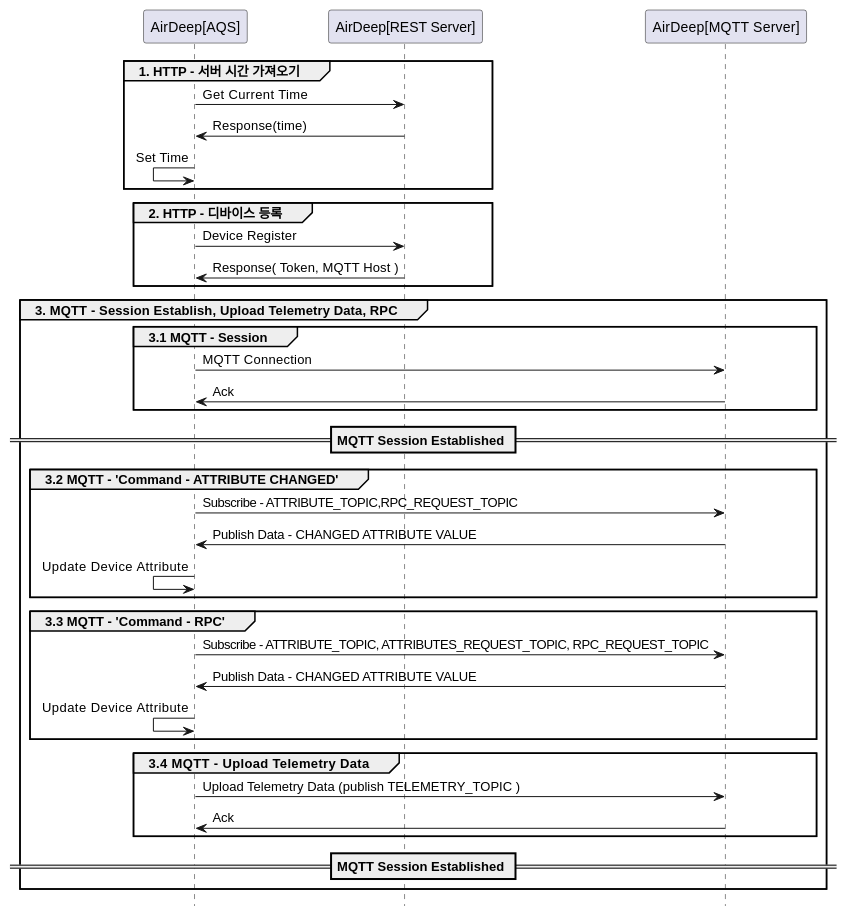
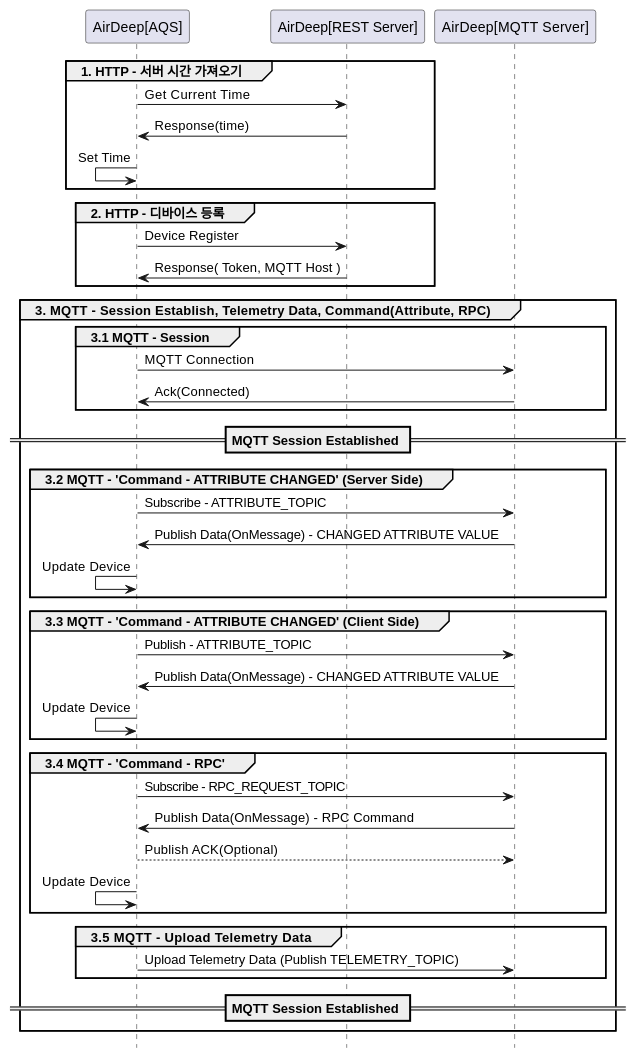
One commit to RTdataLab/DE-ADeep-API-Guide changed the first of 3 diagrams in README.md. Above: the diagram before and after it, drawn with PlantUML. The commit also changed other lines of this file and 7 other files, not shown here.

````diff
--- a/README.md
+++ b/README.md
@@ -47,46 +47,52 @@
   ```plantuml
   @startuml
     participant "AirDeep[AQS]" order 1
     participant "AirDeep[REST Server]" order 2
     participant "AirDeep[MQTT Server]" order 3
     hide footbox
    
     group 1. HTTP - 서버 시간 가져오기
         "AirDeep[AQS]" -> "AirDeep[REST Server]" : Get Current Time
         "AirDeep[AQS]" <- "AirDeep[REST Server]" : Response(time)
         "AirDeep[AQS]" <- "AirDeep[AQS]" : Set Time
     end
     group 2. HTTP - 디바이스 등록
       "AirDeep[AQS]" -> "AirDeep[REST Server]" : Device Register
       "AirDeep[AQS]" <- "AirDeep[REST Server]"  : Response( Token, MQTT Host )
     end
     
-    group 3. MQTT - Session Establish, Upload Telemetry Data, RPC
+    group 3. MQTT - Session Establish, Telemetry Data, Command(Attribute, RPC)
       group 3.1 MQTT - Session
         "AirDeep[AQS]" -> "AirDeep[MQTT Server]" : MQTT Connection
-        "AirDeep[AQS]" <- "AirDeep[MQTT Server]" : Ack
+        "AirDeep[AQS]" <- "AirDeep[MQTT Server]" : Ack(Connected)
       end
 
       == MQTT Session Established ==
 
-     group 3.2 MQTT - 'Command - ATTRIBUTE CHANGED'
-       "AirDeep[AQS]" -> "AirDeep[MQTT Server]" : Subscribe - ATTRIBUTE_TOPIC,RPC_REQUEST_TOPIC
-       "AirDeep[AQS]" <- "AirDeep[MQTT Server]" : Publish Data - CHANGED ATTRIBUTE VALUE
-       "AirDeep[AQS]" <- "AirDeep[AQS]" : Update Device Attribute 
+     group 3.2 MQTT - 'Command - ATTRIBUTE CHANGED' (Server Side)
+       "AirDeep[AQS]" -> "AirDeep[MQTT Server]" : Subscribe - ATTRIBUTE_TOPIC
+       "AirDeep[AQS]" <- "AirDeep[MQTT Server]" : Publish Data(OnMessage) - CHANGED ATTRIBUTE VALUE
+       "AirDeep[AQS]" <- "AirDeep[AQS]" : Update Device 
      end
 
-     group 3.3 MQTT - 'Command - RPC'
-       "AirDeep[AQS]" -> "AirDeep[MQTT Server]" : Subscribe - ATTRIBUTE_TOPIC, ATTRIBUTES_REQUEST_TOPIC, RPC_REQUEST_TOPIC
-       "AirDeep[AQS]" <- "AirDeep[MQTT Server]" : Publish Data - CHANGED ATTRIBUTE VALUE
-       "AirDeep[AQS]" <- "AirDeep[AQS]" : Update Device Attribute 
+     group 3.3 MQTT - 'Command - ATTRIBUTE CHANGED' (Client Side)
+       "AirDeep[AQS]" -> "AirDeep[MQTT Server]" : Publish - ATTRIBUTE_TOPIC
+       "AirDeep[AQS]" <- "AirDeep[MQTT Server]" : Publish Data(OnMessage) - CHANGED ATTRIBUTE VALUE
+       "AirDeep[AQS]" <- "AirDeep[AQS]" : Update Device 
      end
 
-     group 3.4 MQTT - Upload Telemetry Data
-       "AirDeep[AQS]" -> "AirDeep[MQTT Server]" : Upload Telemetry Data (publish TELEMETRY_TOPIC )
-       "AirDeep[AQS]" <- "AirDeep[MQTT Server]" : Ack
+     group 3.4 MQTT - 'Command - RPC'
+       "AirDeep[AQS]" -> "AirDeep[MQTT Server]" : Subscribe - RPC_REQUEST_TOPIC
+       "AirDeep[AQS]" <- "AirDeep[MQTT Server]" : Publish Data(OnMessage) - RPC Command
+       "AirDeep[AQS]" --> "AirDeep[MQTT Server]" : Publish ACK(Optional)
+       "AirDeep[AQS]" <- "AirDeep[AQS]" : Update Device
+     end
+
+     group 3.5 MQTT - Upload Telemetry Data
+       "AirDeep[AQS]" -> "AirDeep[MQTT Server]" : Upload Telemetry Data (Publish TELEMETRY_TOPIC)
      end
       
       == MQTT Session Established ==
     end
   @enduml
   ```
````
